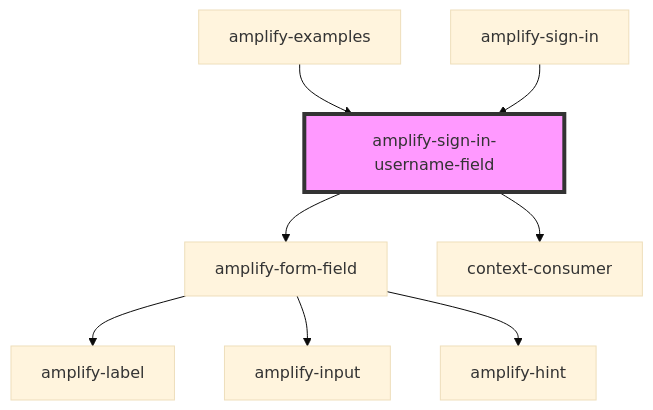
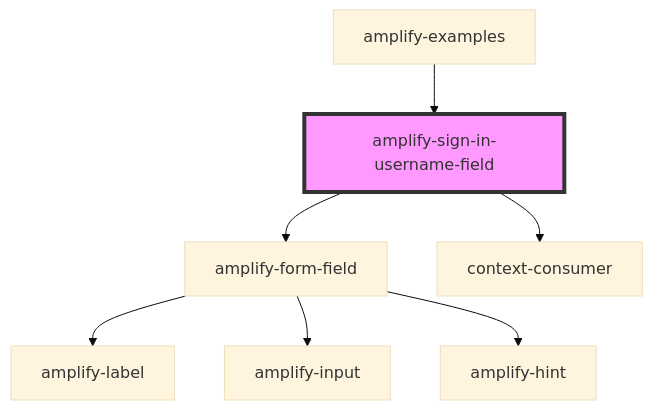
One commit to aws-amplify/amplify-js changed the diagram in packages/amplify-ui-components/src/components/amplify-sign-in-username-field/readme.md. Above: the diagram before and after it, drawn with Mermaid (base theme). The commit also changed other lines of this file and 12 other files, not shown here.

````diff
--- a/packages/amplify-ui-components/src/components/amplify-sign-in-username-field/readme.md
+++ b/packages/amplify-ui-components/src/components/amplify-sign-in-username-field/readme.md
@@ -33,11 +32,10 @@
 ```mermaid
 graph TD;
   amplify-sign-in-username-field --> amplify-form-field
   amplify-sign-in-username-field --> context-consumer
   amplify-form-field --> amplify-label
   amplify-form-field --> amplify-input
   amplify-form-field --> amplify-hint
   amplify-examples --> amplify-sign-in-username-field
-  amplify-sign-in --> amplify-sign-in-username-field
   style amplify-sign-in-username-field fill:#f9f,stroke:#333,stroke-width:4px
 ```
````
